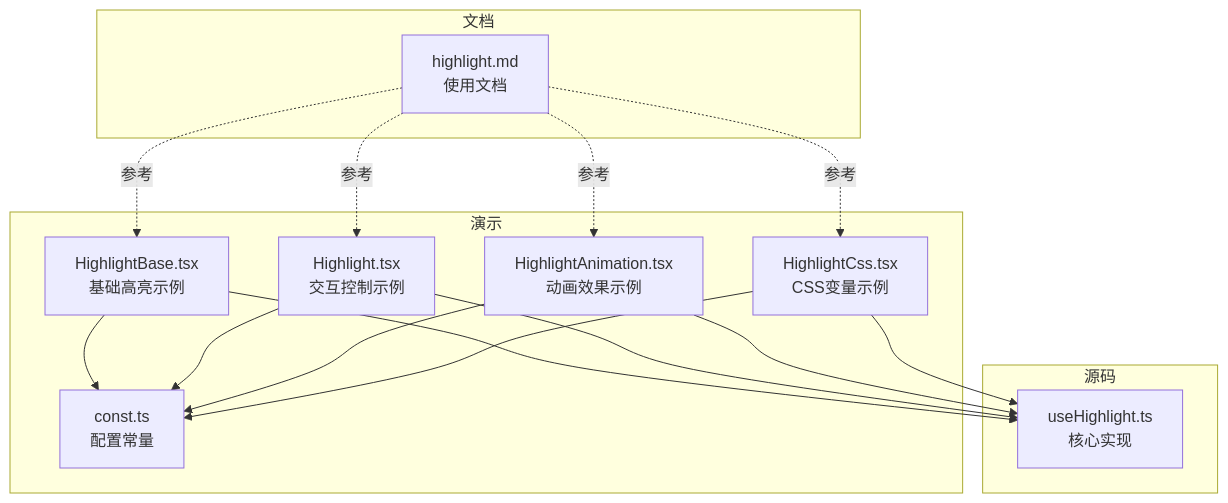
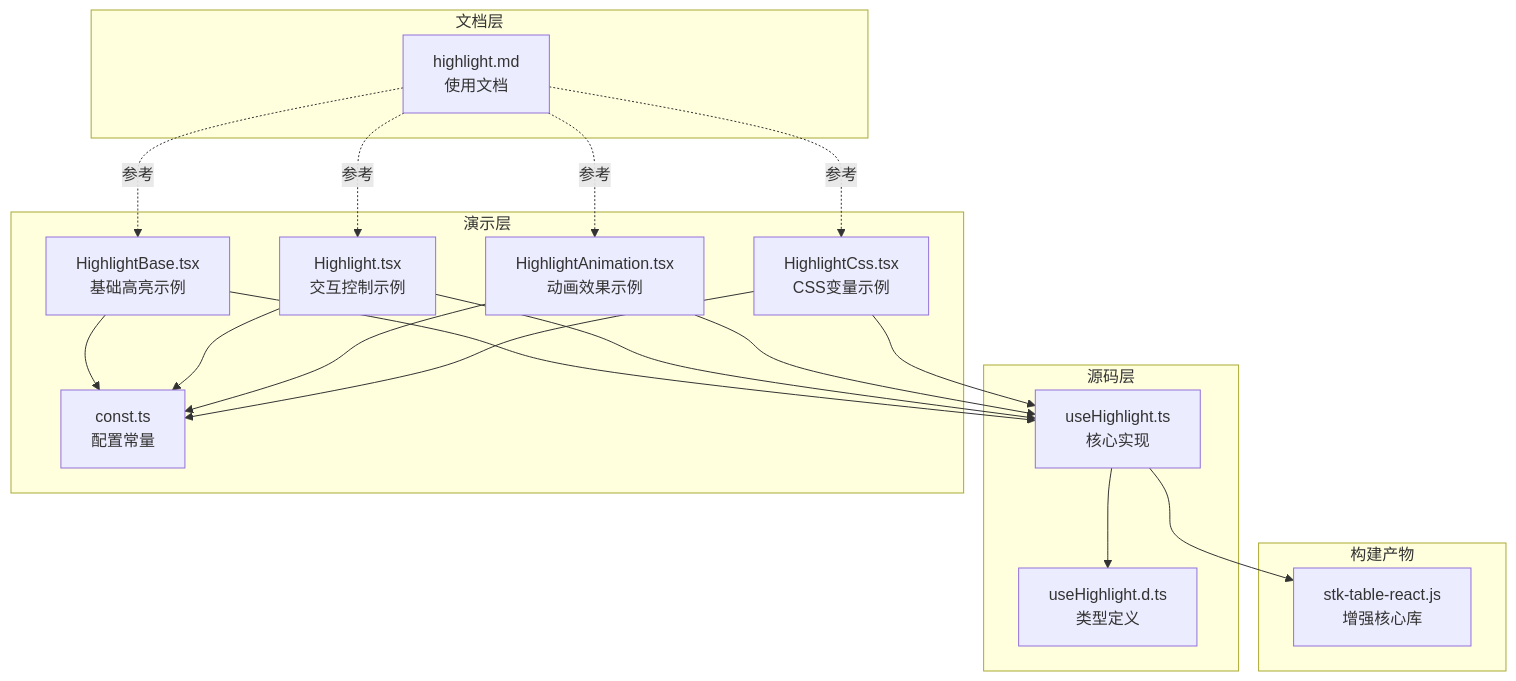
One commit to ja-plus/stk-table-react changed the first of 4 diagrams in .qoder/repowiki/zh/content/自定义与扩展/高亮钩子 (useHighlight).md. Above: the diagram before and after it, drawn with Mermaid. The commit also changed other lines of this file and 10 other files, not shown here.

````diff
--- a/.qoder/repowiki/zh/content/自定义与扩展/高亮钩子 (useHighlight).md
+++ b/.qoder/repowiki/zh/content/自定义与扩展/高亮钩子 (useHighlight).md
@@ -44,28 +48,34 @@
 ```mermaid
 graph TB
-subgraph "源码"
+subgraph "源码层"
 H["useHighlight.ts<br/>核心实现"]
+TD["useHighlight.d.ts<br/>类型定义"]
 end
-subgraph "演示"
+subgraph "构建产物"
+JS["stk-table-react.js<br/>增强核心库"]
+end
+subgraph "演示层"
 HB["HighlightBase.tsx<br/>基础高亮示例"]
 HA["Highlight.tsx<br/>交互控制示例"]
 HAN["HighlightAnimation.tsx<br/>动画效果示例"]
 HC["HighlightCss.tsx<br/>CSS变量示例"]
 C["const.ts<br/>配置常量"]
 end
-subgraph "文档"
+subgraph "文档层"
 D["highlight.md<br/>使用文档"]
 end
+H --> TD
+H --> JS
 HB --> H
 HA --> H
 HAN --> H
 HC --> H
 HB --> C
 HA --> C
 HAN --> C
 HC --> C
 D -.参考.-> HB
 D -.参考.-> HA
 D -.参考.-> HAN
 D -.参考.-> HC
 ```
````
